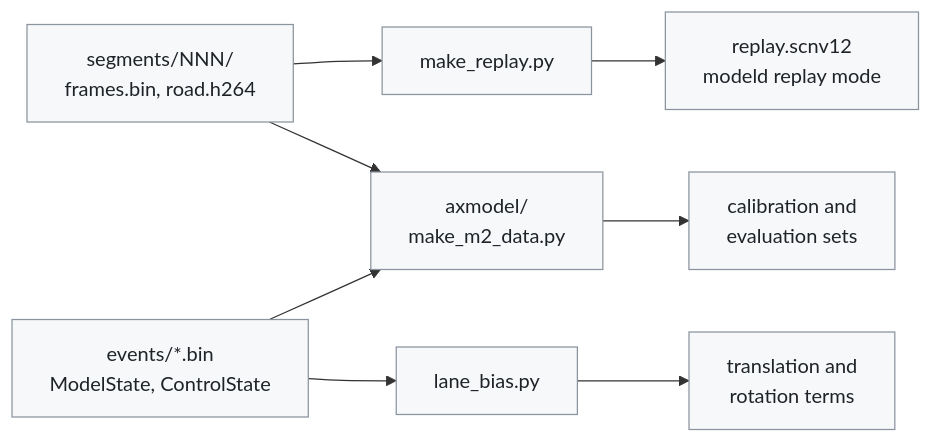
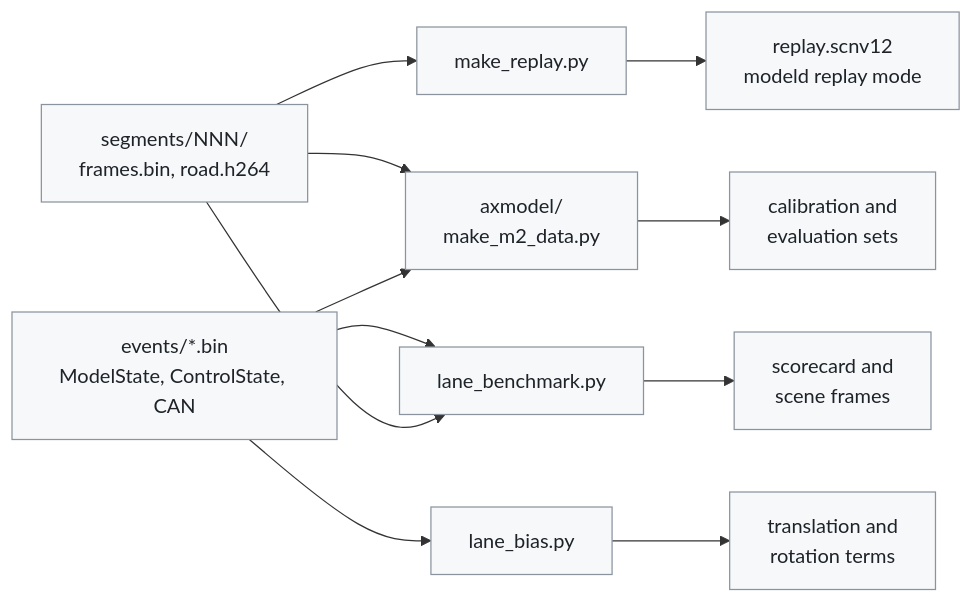
One commit to Deggory/edgepilot changed the diagram in tools/model/README.md. Above: the diagram before and after it, drawn with Mermaid. The commit also changed other lines of this file and 4 other files, not shown here.

First line of the commit message:
tools: lane_benchmark.py scores the model lanes against the stock camera's

````diff
--- a/tools/model/README.md
+++ b/tools/model/README.md
@@ -12,14 +13,17 @@
 ```mermaid
 flowchart LR
     video["segments/NNN/<br>frames.bin, road.h264"]
-    events["events/*.bin<br>ModelState, ControlState"]
+    events["events/*.bin<br>ModelState, ControlState, CAN"]
     video --> replay["make_replay.py"]
     video --> m2["axmodel/<br>make_m2_data.py"]
     events --> m2
     events --> bias["lane_bias.py"]
+    events --> bench["lane_benchmark.py"]
+    video --> bench
     replay --> scnv12["replay.scnv12<br>modeld replay mode"]
     m2 --> sets["calibration and<br>evaluation sets"]
     bias --> terms["translation and<br>rotation terms"]
+    bench --> card["scorecard and<br>scene frames"]
     classDef proc fill:#f6f8fa,stroke:#8b949e,color:#1f2328
-    class video,events,replay,m2,bias,scnv12,sets,terms proc
+    class video,events,replay,m2,bias,bench,scnv12,sets,terms,card proc
 ```
````
